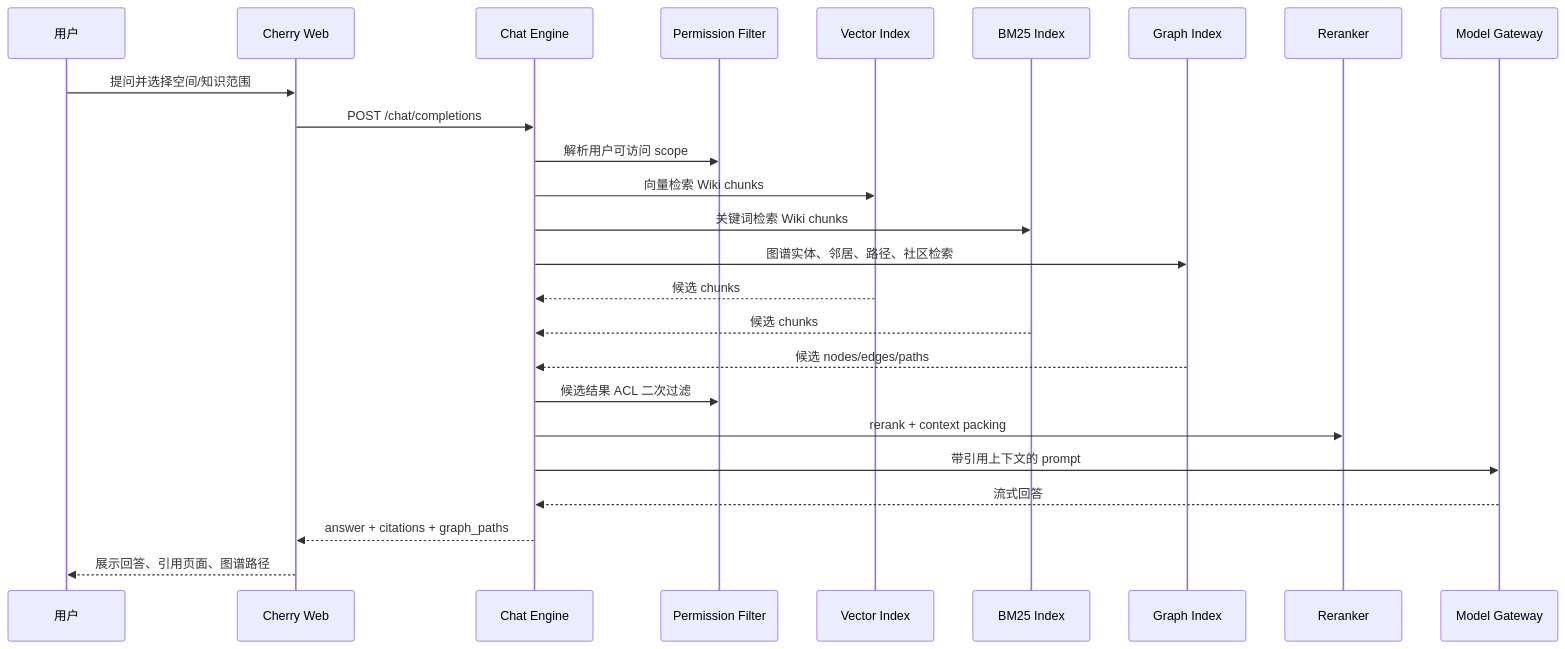
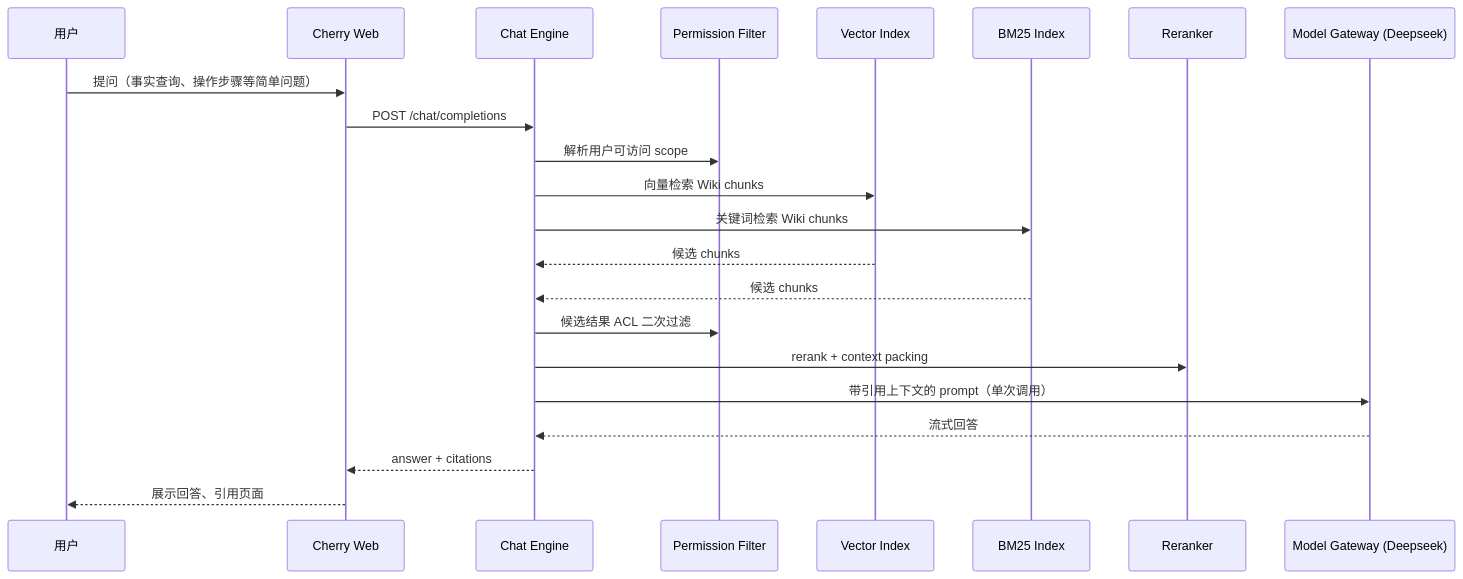
One commit to DankerMu/CherryWiki changed the fourth of 5 diagrams in docs/architecture/02_总体架构设计.md. Above: the diagram before and after it, drawn with Mermaid. The commit also changed other lines of this file and 16 other files, not shown here.

````diff
--- a/docs/architecture/02_总体架构设计.md
+++ b/docs/architecture/02_总体架构设计.md
@@ -194,28 +198,25 @@
 ```mermaid
 sequenceDiagram
   participant U as 用户
   participant CW as Cherry Web
   participant CHAT as Chat Engine
   participant ACL as Permission Filter
   participant V as Vector Index
   participant B as BM25 Index
-  participant G as Graph Index
   participant R as Reranker
-  participant LLM as Model Gateway
+  participant LLM as Model Gateway (Deepseek)
 
-  U->>CW: 提问并选择空间/知识范围
+  U->>CW: 提问（事实查询、操作步骤等简单问题）
   CW->>CHAT: POST /chat/completions
   CHAT->>ACL: 解析用户可访问 scope
   CHAT->>V: 向量检索 Wiki chunks
   CHAT->>B: 关键词检索 Wiki chunks
-  CHAT->>G: 图谱实体、邻居、路径、社区检索
   V-->>CHAT: 候选 chunks
   B-->>CHAT: 候选 chunks
-  G-->>CHAT: 候选 nodes/edges/paths
   CHAT->>ACL: 候选结果 ACL 二次过滤
   CHAT->>R: rerank + context packing
-  CHAT->>LLM: 带引用上下文的 prompt
+  CHAT->>LLM: 带引用上下文的 prompt（单次调用）
   LLM-->>CHAT: 流式回答
-  CHAT-->>CW: answer + citations + graph_paths
-  CW-->>U: 展示回答、引用页面、图谱路径
+  CHAT-->>CW: answer + citations
+  CW-->>U: 展示回答、引用页面
 ```
````
